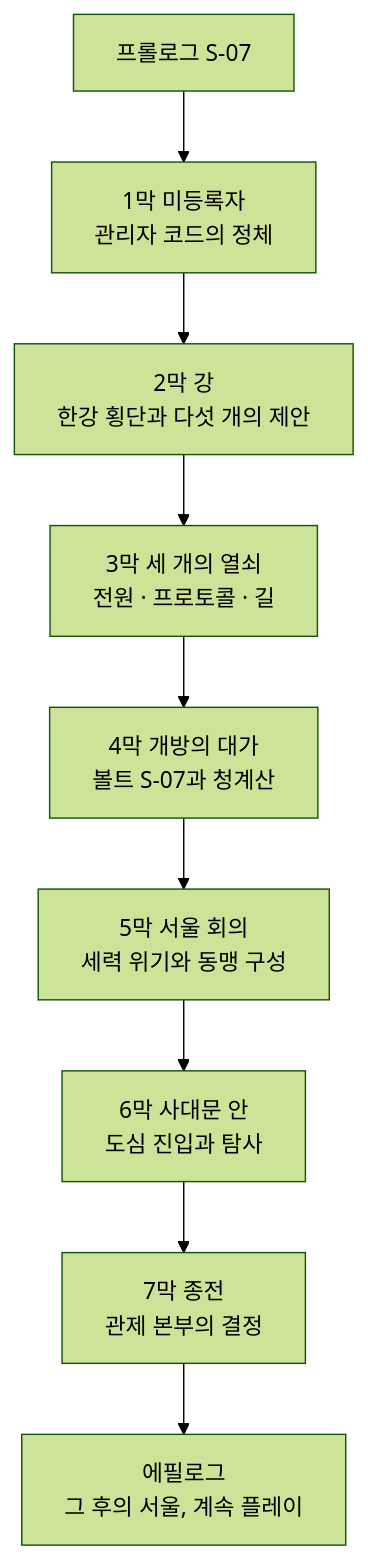
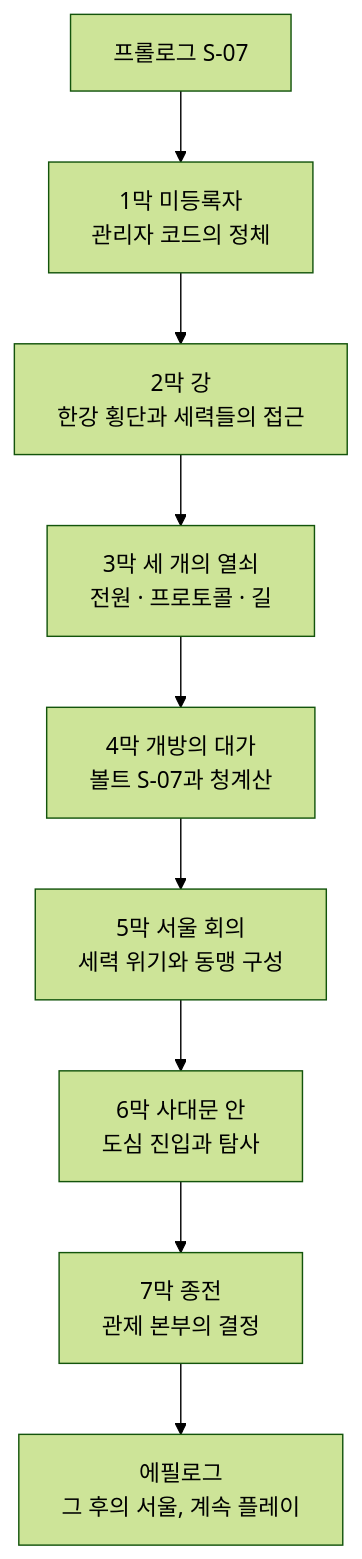
One commit to forsurvive/003 changed the diagram in docs/seoul-fallout/00_concept.md. Above: the diagram before and after it, drawn with Mermaid (forest theme). The commit also changed other lines of this file and 7 other files, not shown here.

````diff
--- a/docs/seoul-fallout/00_concept.md
+++ b/docs/seoul-fallout/00_concept.md
@@ -165,11 +166,11 @@
 ```mermaid
 flowchart TD
   P["프롤로그 S-07"] --> A1["1막 미등록자<br/>관리자 코드의 정체"]
-  A1 --> A2["2막 강<br/>한강 횡단과 다섯 개의 제안"]
+  A1 --> A2["2막 강<br/>한강 횡단과 세력들의 접근"]
   A2 --> A3["3막 세 개의 열쇠<br/>전원 · 프로토콜 · 길"]
   A3 --> A4["4막 개방의 대가<br/>볼트 S-07과 청계산"]
   A4 --> A5["5막 서울 회의<br/>세력 위기와 동맹 구성"]
   A5 --> A6["6막 사대문 안<br/>도심 진입과 탐사"]
   A6 --> A7["7막 종전<br/>관제 본부의 결정"]
   A7 --> EP["에필로그<br/>그 후의 서울, 계속 플레이"]
 ```
````
